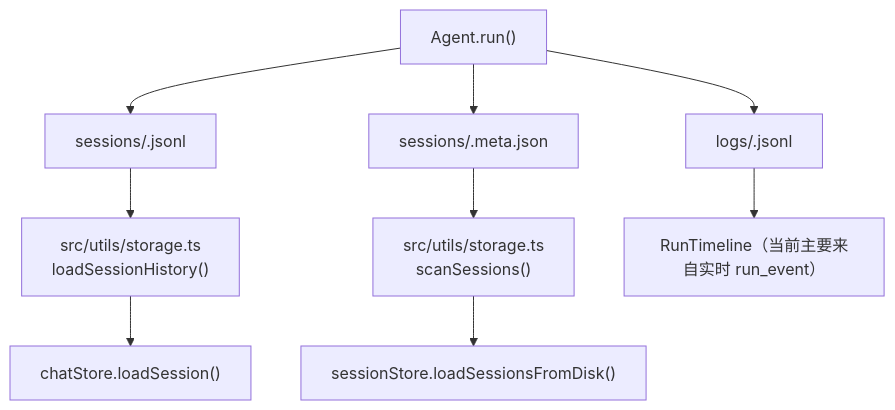
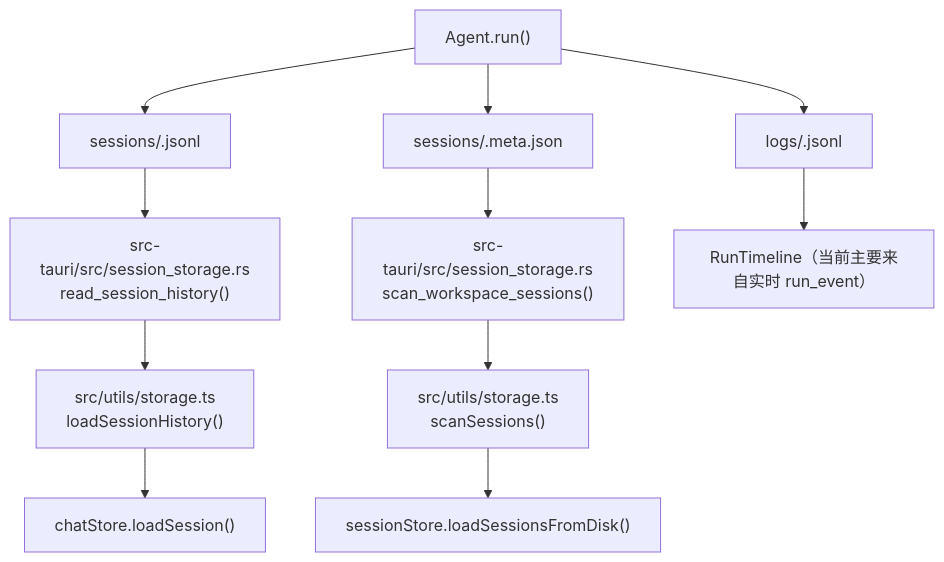
The fifth of 5 diagrams in architecture.md (ChqJourney/simple_agent), drawn with Mermaid before and after one commit. The commit also changed other lines of this file and 1 other file, not shown here.

Commit message:
Document Tauri session history access changes

````diff
--- a/architecture.md
+++ b/architecture.md
@@ -551,13 +557,15 @@
 ```mermaid
 flowchart TD
     Agent["Agent.run()"] --> SessionJsonl["sessions/<id>.jsonl"]
     Agent --> Meta["sessions/<id>.meta.json"]
     Agent --> RunLog["logs/<id>.jsonl"]
 
-    SessionJsonl --> FEHistory["src/utils/storage.ts<br/>loadSessionHistory()"]
-    Meta --> FEScan["src/utils/storage.ts<br/>scanSessions()"]
+    SessionJsonl --> TauriSession["src-tauri/src/session_storage.rs<br/>read_session_history()"]
+    Meta --> TauriSessionScan["src-tauri/src/session_storage.rs<br/>scan_workspace_sessions()"]
+    TauriSession --> FEHistory["src/utils/storage.ts<br/>loadSessionHistory()"]
+    TauriSessionScan --> FEScan["src/utils/storage.ts<br/>scanSessions()"]
     RunLog --> Timeline["RunTimeline（当前主要来自实时 run_event）"]
 
     FEHistory --> ChatStore["chatStore.loadSession()"]
     FEScan --> SessionStore["sessionStore.loadSessionsFromDisk()"]
 ```
````
